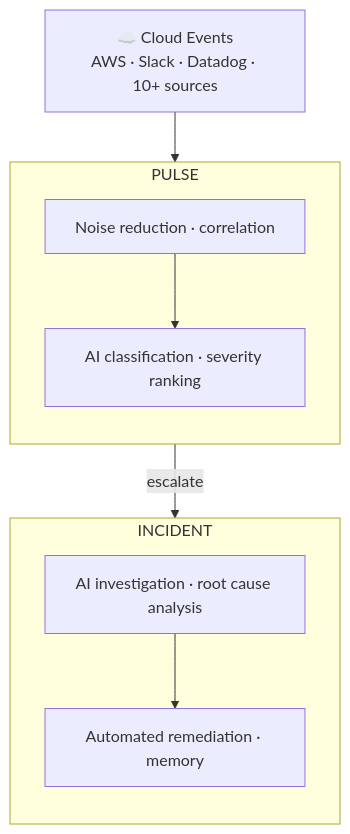
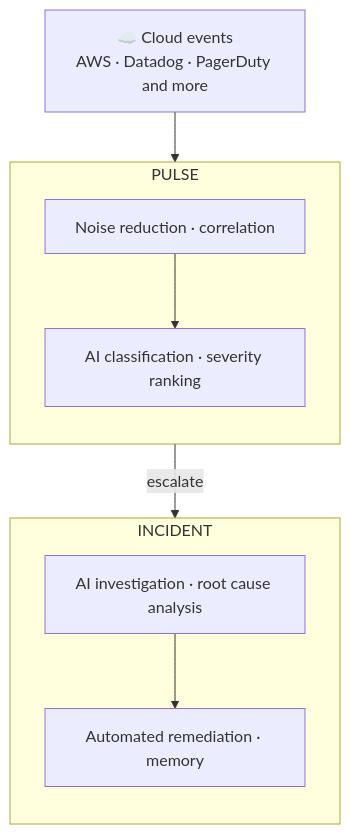
One commit to nhat-tranvan/docs changed the diagram in guide/incident/overview.mdx. Above: the diagram before and after it, drawn with Mermaid. The commit also changed other lines of this file and 539 other files, not shown here.

````diff
--- a/guide/incident/overview.mdx
+++ b/guide/incident/overview.mdx
@@ -21,20 +15,20 @@
 ```mermaid
 flowchart TD
-    A["☁️ Cloud Events\nAWS · Slack · Datadog · 10+ sources"] --> B
+    A["☁️ Cloud events\nAWS · Datadog · PagerDuty and more"] --> B
 
     subgraph B["PULSE"]
         direction TB
         B1["Noise reduction · correlation"]
         B2["AI classification · severity ranking"]
         B1 --> B2
     end
 
     B --> |escalate| C
 
     subgraph C["INCIDENT"]
         direction TB
         C1["AI investigation · root cause analysis"]
         C2["Automated remediation · memory"]
         C1 --> C2
     end
 ```
````
